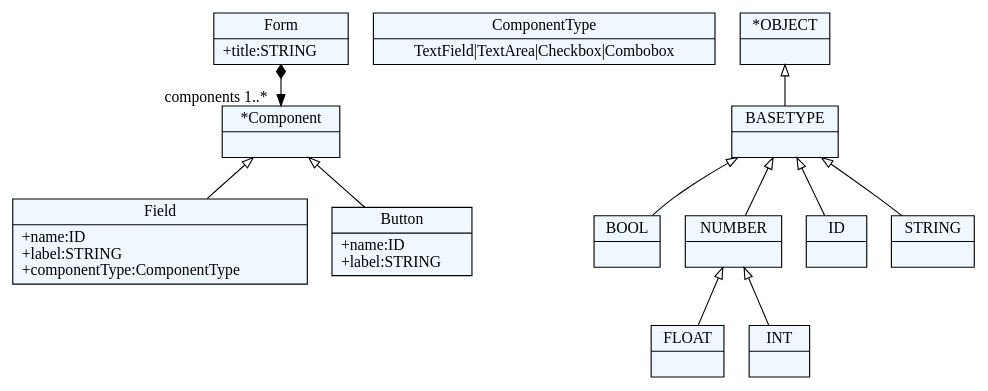
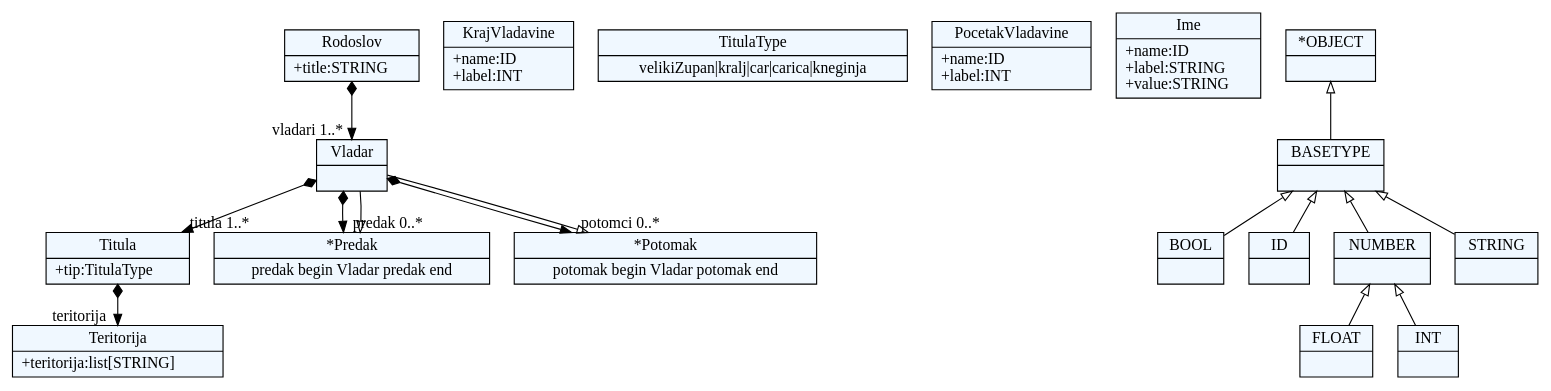
One commit to milenaL9/JSD_2017 changed the diagram in Projekat/forms/forms.dot. Above: the diagram before and after it, drawn with Graphviz. The commit also changed 15 other files, not shown here.

```diff
--- a/Projekat/forms/forms.dot
+++ b/Projekat/forms/forms.dot
@@ -1,51 +1,65 @@
 
     digraph xtext {
     fontname = "Bitstream Vera Sans"
     fontsize = 8
     node[
         shape=record,
         style=filled,
         fillcolor=aliceblue
     ]
     nodesep = 0.3
     edge[dir=black,arrowtail=empty]
 
 
-2663470629544[ label="{Field|+name:ID\l+label:STRING\l+componentType:ComponentType\l}"]
+20801080 -> 20819960[arrowtail=diamond, dir=both, headlabel="titula 1..*"]
+20801080 -> 20834120[arrowtail=diamond, dir=both, headlabel="predak 0..*"]
+20801080 -> 20836952[arrowtail=diamond, dir=both, headlabel="potomci 0..*"]
+20801080[ label="{Vladar|}"]
 
-2663470617272[ label="{ComponentType|TextField\|TextArea\|Checkbox\|Combobox}"]
+20831288[ label="{KrajVladavine|+name:ID\l+label:INT\l}"]
 
-2663470621048[ label="{*Component|}"]
-2663470621048 -> 2663470629544 [dir=back]
-2663470621048 -> 2663470638040 [dir=back]
+20809576 -> 20801080[arrowtail=diamond, dir=both, headlabel="vladari 1..*"]
+20809576[ label="{Rodoslov|+title:STRING\l}"]
 
-2663470638040[ label="{Button|+name:ID\l+label:STRING\l}"]
+20822792[ label="{TitulaType|velikiZupan\|kralj\|car\|carica\|kneginja}"]
 
-2663470635208 -> 2663470621048[arrowtail=diamond, dir=both, headlabel="components 1..*"]
-2663470635208[ label="{Form|+title:STRING\l}"]
+20836952[ label="{*Potomak|potomak begin Vladar potomak end}"]
+20836952 -> 20801080 [dir=back]
 
-2663470636152[ label="{FLOAT|}"]
+20825624[ label="{Teritorija|+teritorija:list[STRING]\l}"]
 
-2663470640872[ label="{BOOL|}"]
+20834120[ label="{*Predak|predak begin Vladar predak end}"]
+20834120 -> 20801080 [dir=back]
 
-2663470628600[ label="{INT|}"]
+20819960 -> 20825624[arrowtail=diamond, dir=both, headlabel="teritorija "]
+20819960[ label="{Titula|+tip:TitulaType\l}"]
 
-2663470622936[ label="{*OBJECT|}"]
-2663470622936 -> 2663470634264 [dir=back]
+20828456[ label="{PocetakVladavine|+name:ID\l+label:INT\l}"]
 
-2663470634264[ label="{BASETYPE|}"]
-2663470634264 -> 2663470630488 [dir=back]
-2663470634264 -> 2663470640872 [dir=back]
-2663470634264 -> 2663469381032 [dir=back]
-2663470634264 -> 2663469385752 [dir=back]
+20817128[ label="{Ime|+name:ID\l+label:STRING\l+value:STRING\l}"]
 
-2663469381032[ label="{ID|}"]
+20807688[ label="{FLOAT|}"]
 
-2663469385752[ label="{STRING|}"]
+20802024[ label="{BOOL|}"]
 
-2663470630488[ label="{NUMBER|}"]
-2663470630488 -> 2663470636152 [dir=back]
-2663470630488 -> 2663470628600 [dir=back]
+20796360[ label="{ID|}"]
+
+20813352[ label="{BASETYPE|}"]
+20813352 -> 20810520 [dir=back]
+20813352 -> 20802024 [dir=back]
+20813352 -> 20796360 [dir=back]
+20813352 -> 20799192 [dir=back]
+
+20810520[ label="{NUMBER|}"]
+20810520 -> 20807688 [dir=back]
+20810520 -> 20804856 [dir=back]
+
+20816184[ label="{*OBJECT|}"]
+20816184 -> 20813352 [dir=back]
+
+20799192[ label="{STRING|}"]
+
+20804856[ label="{INT|}"]
 
 
 }
```
